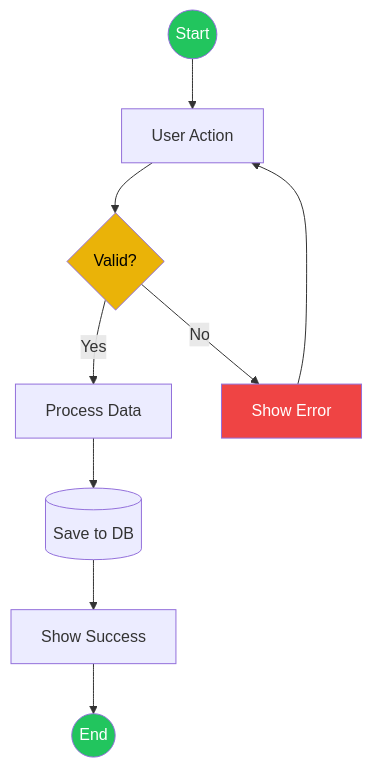
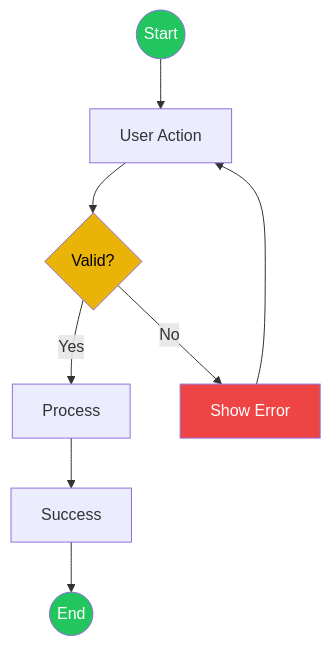
One commit to Mineru98/dev-consultant changed the second of 5 diagrams in agents/mermaid-designer/AGENT.md. Above: the diagram before and after it, drawn with Mermaid. The commit also changed other lines of this file and 4 other files, not shown here.

````diff
--- a/agents/mermaid-designer/AGENT.md
+++ b/agents/mermaid-designer/AGENT.md
@@ -55,16 +55,15 @@
 ```mermaid
 flowchart TD
     Start((Start)) --> Input[User Action]
     Input --> Validate{Valid?}
-    Validate -->|Yes| Process[Process Data]
+    Validate -->|Yes| Process[Process]
     Validate -->|No| Error[Show Error]
     Error --> Input
-    Process --> Save[(Save to DB)]
-    Save --> Success[Show Success]
+    Process --> Success[Success]
     Success --> End((End))
 
     style Start fill:#22c55e,color:#fff
     style End fill:#22c55e,color:#fff
     style Error fill:#ef4444,color:#fff
     style Validate fill:#eab308,color:#000
 ```
````
